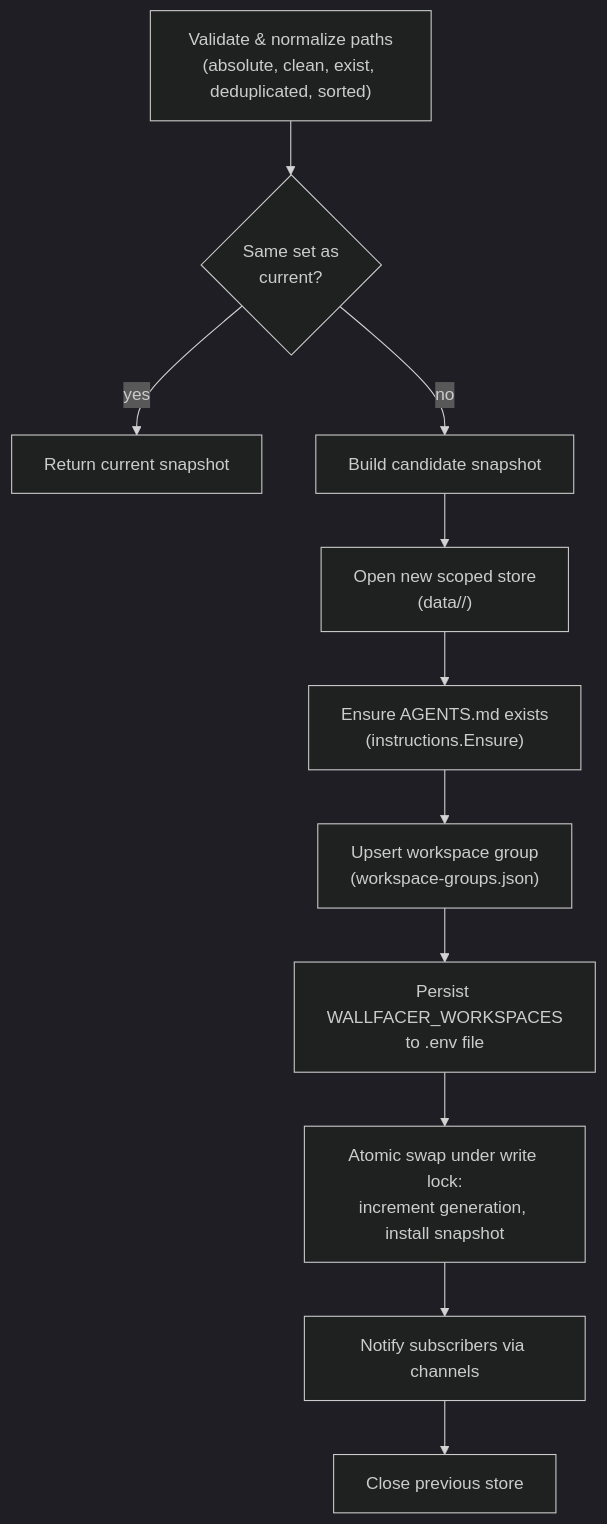
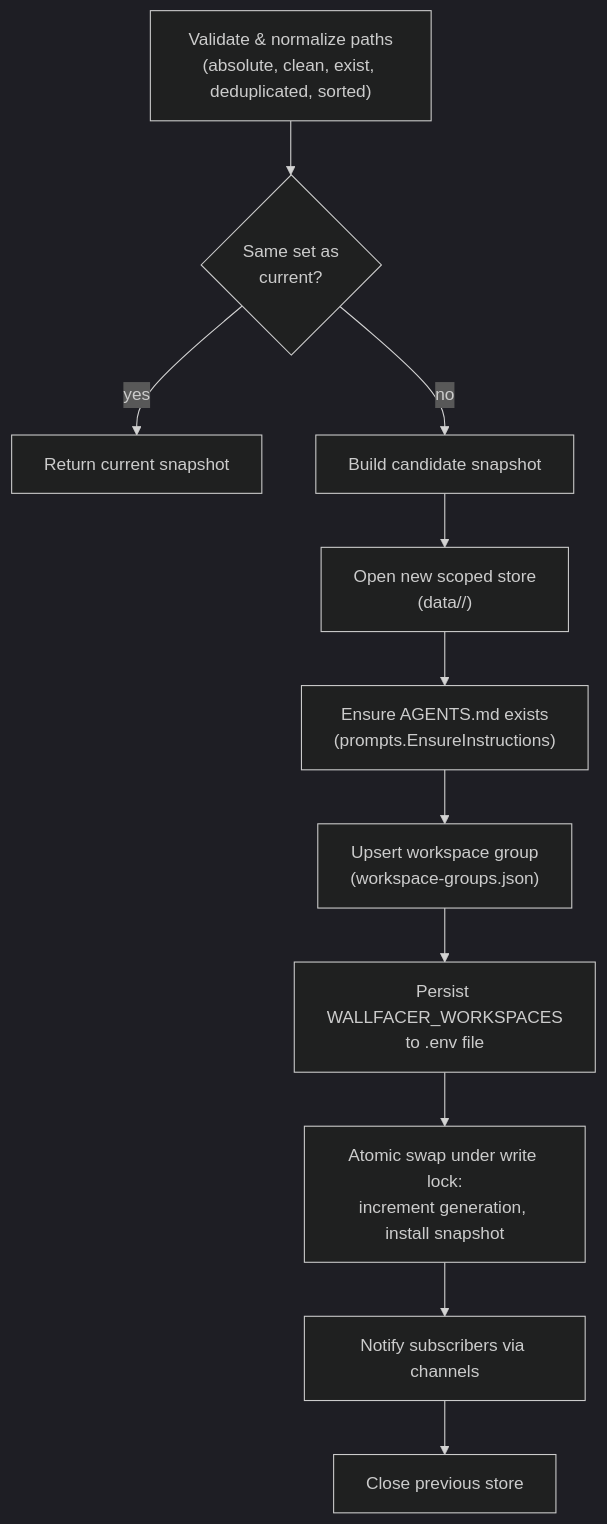
Before and after one commit to changkun/wallfacer: the first of 2 diagrams in docs/internals/workspaces-and-config.md, drawn with Mermaid (dark theme). The commit also changed other lines of this file and 6 other files, not shown here.

````diff
--- a/docs/internals/workspaces-and-config.md
+++ b/docs/internals/workspaces-and-config.md
@@ -58,13 +58,13 @@
 ```mermaid
 flowchart TD
     Validate["Validate & normalize paths<br/>(absolute, clean, exist, deduplicated, sorted)"] --> Same{"Same set as<br/>current?"}
     Same -->|yes| NoOp["Return current snapshot"]
     Same -->|no| Build["Build candidate snapshot"]
     Build --> OpenStore["Open new scoped store<br/>(data/<key>/)"]
-    OpenStore --> Instructions["Ensure AGENTS.md exists<br/>(instructions.Ensure)"]
+    OpenStore --> Instructions["Ensure AGENTS.md exists<br/>(prompts.EnsureInstructions)"]
     Instructions --> Groups["Upsert workspace group<br/>(workspace-groups.json)"]
     Groups --> Env["Persist WALLFACER_WORKSPACES<br/>to .env file"]
     Env --> Swap["Atomic swap under write lock:<br/>increment generation, install snapshot"]
     Swap --> Publish["Notify subscribers via channels"]
     Publish --> Close["Close previous store"]
 ```
````
